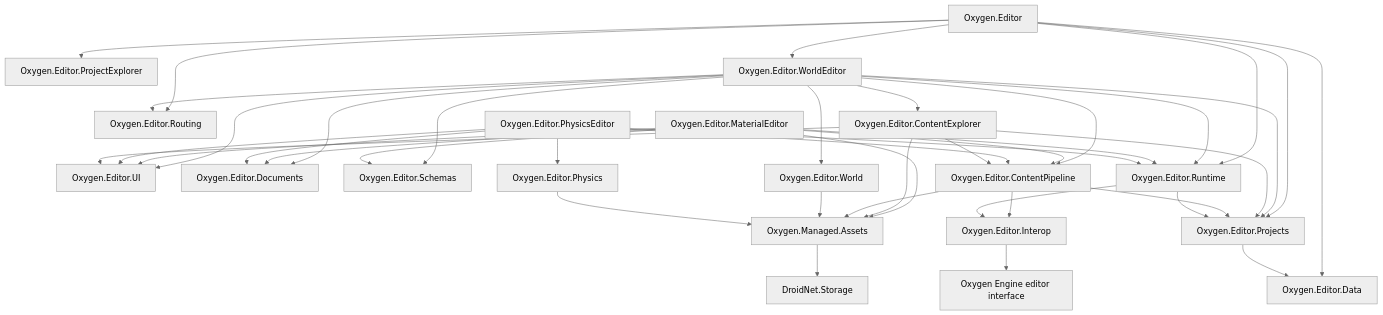
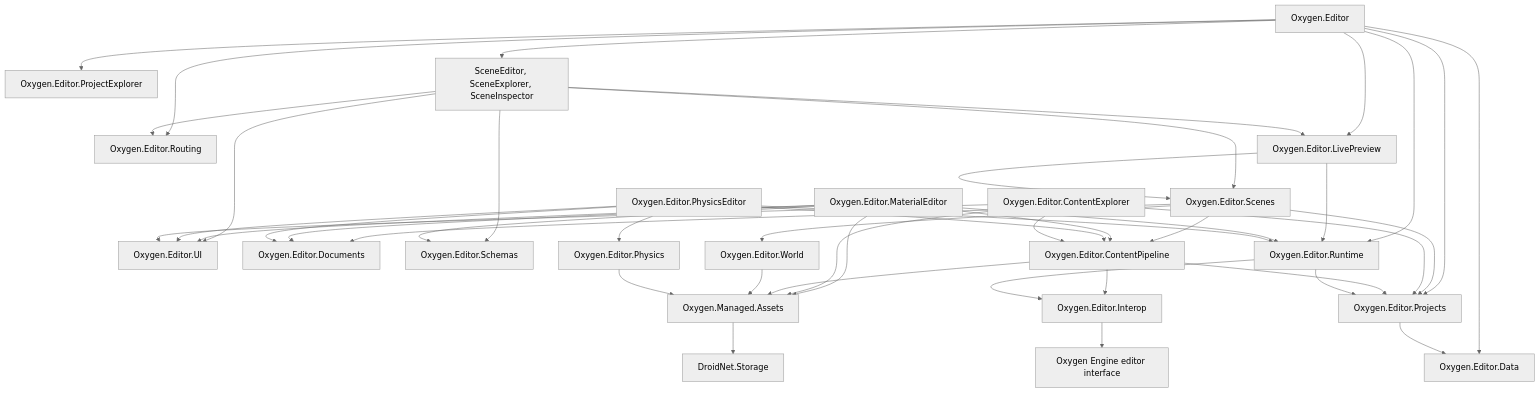
The tenth of 10 diagrams in design/editor/ARCHITECTURE.md (abdes/DroidNet), drawn with Mermaid (neutral theme) before and after one commit. The commit also changed other lines of this file and 103 other files, not shown here.

````diff
--- a/design/editor/ARCHITECTURE.md
+++ b/design/editor/ARCHITECTURE.md
@@ -1008,64 +1009,69 @@
 ```mermaid
 flowchart TB
     App[Oxygen.Editor]
     UI[Oxygen.Editor.UI]
     Routing[Oxygen.Editor.Routing]
     PB[Oxygen.Editor.ProjectExplorer]
     Docs[Oxygen.Editor.Documents]
     Schemas[Oxygen.Editor.Schemas]
-    WorldEditor[Oxygen.Editor.WorldEditor]
+    SceneFeatures[SceneEditor, SceneExplorer, SceneInspector]
+    Scenes[Oxygen.Editor.Scenes]
+    LivePreview[Oxygen.Editor.LivePreview]
     MaterialEditor[Oxygen.Editor.MaterialEditor]
     PhysicsEditor[Oxygen.Editor.PhysicsEditor]
     ContentExplorer[Oxygen.Editor.ContentExplorer]
     Projects[Oxygen.Editor.Projects]
     Pipeline[Oxygen.Editor.ContentPipeline]
     Runtime[Oxygen.Editor.Runtime]
     Interop[Oxygen.Editor.Interop]
     World[Oxygen.Editor.World]
     Physics[Oxygen.Editor.Physics]
     Data[Oxygen.Editor.Data]
     Assets[Oxygen.Managed.Assets]
     Storage[DroidNet.Storage]
     Engine[Oxygen Engine editor interface]
 
     App --> PB
-    App --> WorldEditor
+    App --> SceneFeatures
+    App --> LivePreview
     App --> Projects
     App --> Runtime
     App --> Data
     App --> Routing
-    WorldEditor --> UI
-    WorldEditor --> Routing
-    WorldEditor --> Docs
-    WorldEditor --> Schemas
-    WorldEditor --> World
-    WorldEditor --> ContentExplorer
-    WorldEditor --> Projects
-    WorldEditor --> Pipeline
-    WorldEditor --> Runtime
+    SceneFeatures --> UI
+    SceneFeatures --> Routing
+    SceneFeatures --> Schemas
+    SceneFeatures --> Scenes
+    SceneFeatures --> LivePreview
+    Scenes --> Docs
+    Scenes --> World
+    Scenes --> Projects
+    Scenes --> Pipeline
+    LivePreview --> Scenes
+    LivePreview --> Runtime
     MaterialEditor --> UI
     MaterialEditor --> Docs
     MaterialEditor --> Schemas
     MaterialEditor --> Assets
     MaterialEditor --> Pipeline
     MaterialEditor --> Runtime
     PhysicsEditor --> UI
     PhysicsEditor --> Docs
     PhysicsEditor --> Physics
     PhysicsEditor --> Pipeline
     PhysicsEditor --> Runtime
     ContentExplorer --> UI
     ContentExplorer --> Assets
     ContentExplorer --> Projects
     ContentExplorer --> Pipeline
     Pipeline --> Assets
     Pipeline --> Projects
     Pipeline --> Interop
     Runtime --> Interop
     Runtime --> Projects
     Interop --> Engine
     World --> Assets
     Physics --> Assets
     Assets --> Storage
     Projects --> Data
 ```
````
